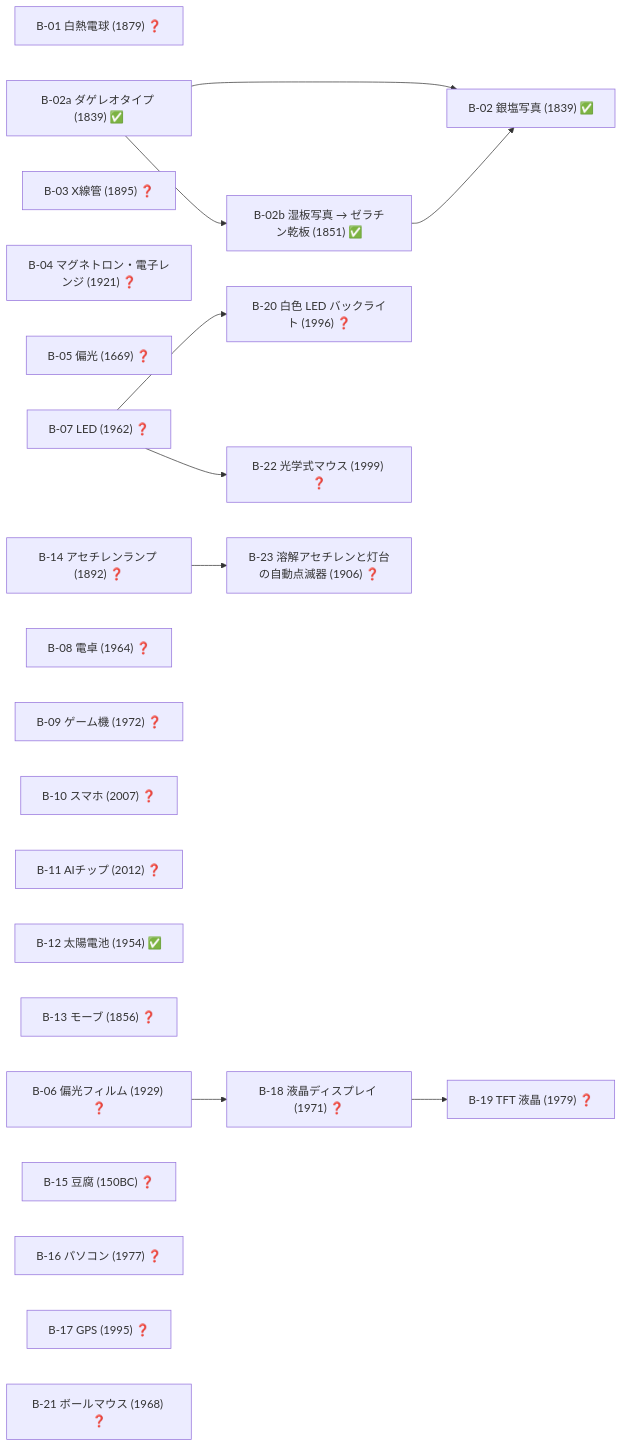
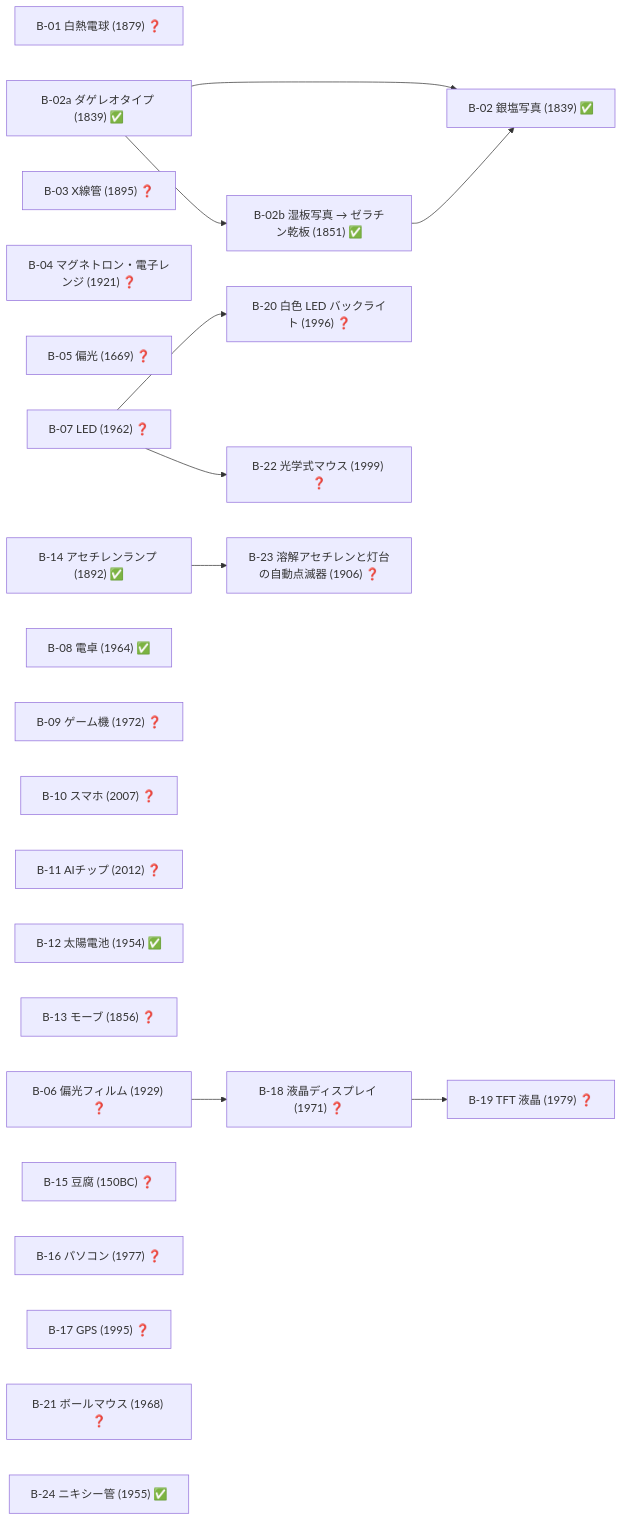
One commit to taku3i0317-collab/semiconductor-lab changed diagram 19 of 19 in docs/TECH_TREE_VIEW.md. Above: the diagram before and after it, drawn with Mermaid. The commit also changed other lines of this file and 7 other files, not shown here.

Commit message:
S-010: tech-network export (CC0) - tools/export_tech_network.py builds build/tech-network with per-node JSON (history/game), edges, glossary, standalone check.py and GitHub Actions, issue templates, bilingual README, CC0 LICENSE and the Pages site; ROADMAP licence set to CC0; DESIGN mismatch flagged

````diff
--- a/docs/TECH_TREE_VIEW.md
+++ b/docs/TECH_TREE_VIEW.md
@@ -1012,36 +1012,37 @@
 ```mermaid
 graph LR
   nB_01["B-01 白熱電球 (1879) ❓"]
   nB_02["B-02 銀塩写真 (1839) ✅"]
   nB_02a["B-02a ダゲレオタイプ (1839) ✅"]
   nB_02b["B-02b 湿板写真 → ゼラチン乾板 (1851) ✅"]
   nB_03["B-03 X線管 (1895) ❓"]
   nB_04["B-04 マグネトロン・電子レンジ (1921) ❓"]
   nB_05["B-05 偏光 (1669) ❓"]
   nB_06["B-06 偏光フィルム (1929) ❓"]
   nB_07["B-07 LED (1962) ❓"]
-  nB_08["B-08 電卓 (1964) ❓"]
+  nB_08["B-08 電卓 (1964) ✅"]
   nB_09["B-09 ゲーム機 (1972) ❓"]
   nB_10["B-10 スマホ (2007) ❓"]
   nB_11["B-11 AIチップ (2012) ❓"]
   nB_12["B-12 太陽電池 (1954) ✅"]
   nB_13["B-13 モーブ (1856) ❓"]
-  nB_14["B-14 アセチレンランプ (1892) ❓"]
+  nB_14["B-14 アセチレンランプ (1892) ✅"]
   nB_15["B-15 豆腐 (150BC) ❓"]
   nB_16["B-16 パソコン (1977) ❓"]
   nB_17["B-17 GPS (1995) ❓"]
   nB_18["B-18 液晶ディスプレイ (1971) ❓"]
   nB_19["B-19 TFT 液晶 (1979) ❓"]
   nB_20["B-20 白色 LED バックライト (1996) ❓"]
   nB_21["B-21 ボールマウス (1968) ❓"]
   nB_22["B-22 光学式マウス (1999) ❓"]
   nB_23["B-23 溶解アセチレンと灯台の自動点滅器 (1906) ❓"]
+  nB_24["B-24 ニキシー管 (1955) ✅"]
   nB_02a-->nB_02
   nB_02b-->nB_02
   nB_02a-->nB_02b
   nB_06-->nB_18
   nB_18-->nB_19
   nB_07-->nB_20
   nB_07-->nB_22
   nB_14-->nB_23
 ```
````
